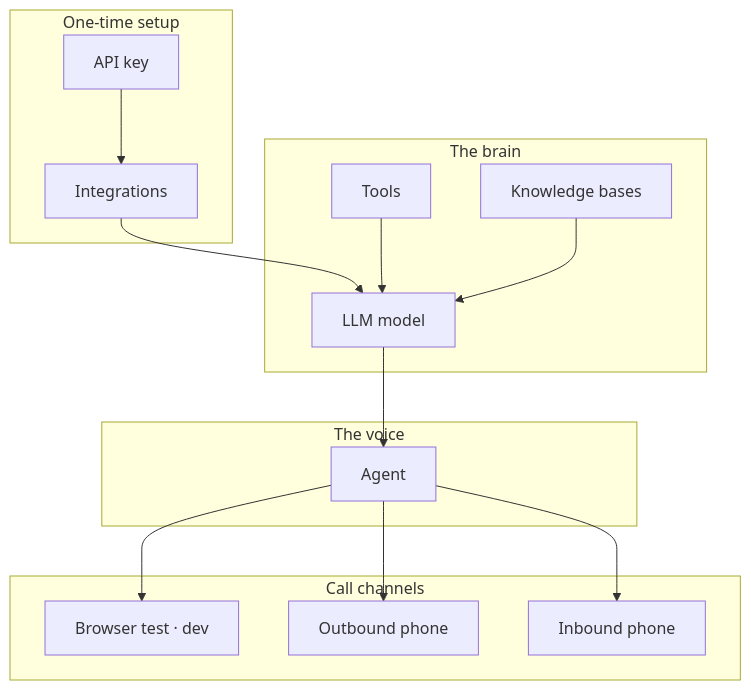
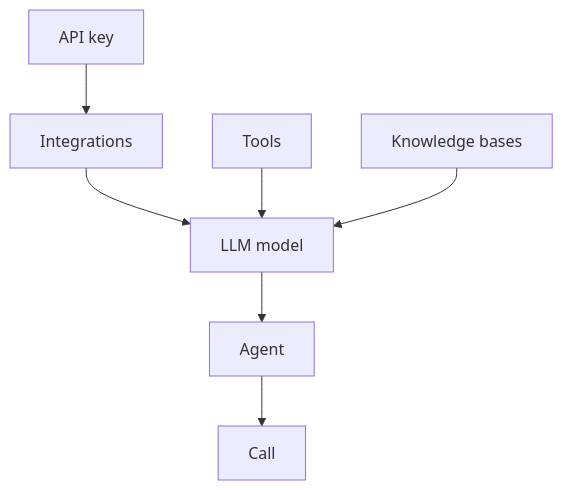
One commit to saaniya-afreen/mintlify-docs changed the diagram in concepts/resources.mdx. Above: the diagram before and after it, drawn with Mermaid. The commit also changed other lines of this file and 13 other files, not shown here.

````diff
--- a/concepts/resources.mdx
+++ b/concepts/resources.mdx
@@ -10,32 +22,17 @@
 ```mermaid
 flowchart TB
-  subgraph setup [One-time setup]
-    KEY[API key]
-    INT[Integrations]
-  end
-
-  subgraph brain [The brain]
-    LLM[LLM model]
-    TOOLS[Tools]
-    KB[Knowledge bases]
-  end
-
-  subgraph voice [The voice]
-    AG[Agent]
-  end
-
-  subgraph channels [Call channels]
-    TEST[Browser test · dev]
-    OUT[Outbound phone]
-    IN[Inbound phone]
-  end
+  KEY[API key]
+  INT[Integrations]
+  LLM[LLM model]
+  TOOLS[Tools]
+  KB[Knowledge bases]
+  AG[Agent]
+  CALL[Call]
 
   KEY --> INT
   INT --> LLM
   TOOLS --> LLM
   KB --> LLM
   LLM --> AG
-  AG --> TEST
-  AG --> OUT
-  AG --> IN
+  AG --> CALL
 ```
````
